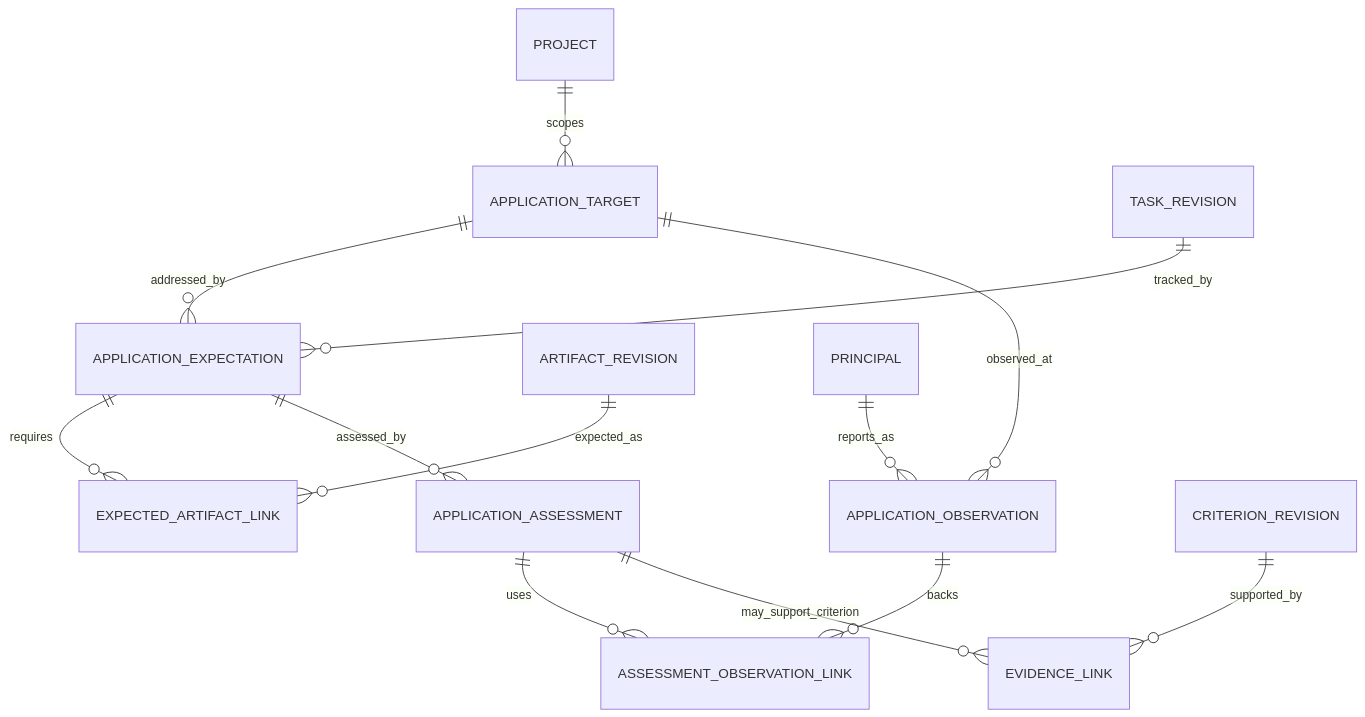
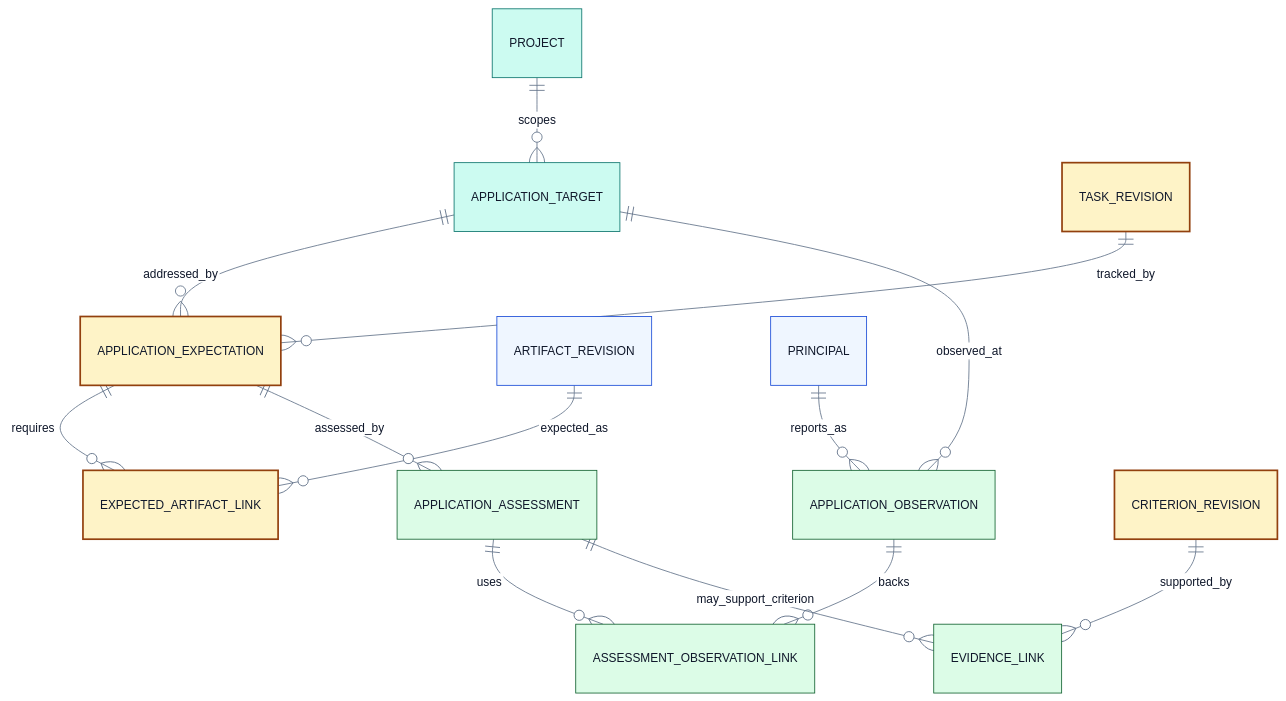
One commit to alphanAkbulut/decivora changed the third of 3 diagrams in docs/architecture/data-relationships.md. Above: the diagram before and after it, drawn with Mermaid. The commit also changed other lines of this file and 21 other files, not shown here.

Commit message:
Refresh all Mermaid diagrams, clarify decision states and document rendering evidence

````diff
--- a/docs/architecture/data-relationships.md
+++ b/docs/architecture/data-relationships.md
@@ -111,15 +136,26 @@
 ```mermaid
+%%{init: {"theme":"base","themeVariables":{"fontFamily":"Arial, sans-serif","fontSize":"14px","primaryColor":"#eff6ff","primaryTextColor":"#0f172a","primaryBorderColor":"#1d4ed8","lineColor":"#64748b","secondaryColor":"#ccfbf1","tertiaryColor":"#f1f5f9","background":"#ffffff","mainBkg":"#eff6ff","textColor":"#0f172a","clusterBkg":"#f8fafc","clusterBorder":"#94a3b8","edgeLabelBackground":"#ffffff","actorBkg":"#eff6ff","actorTextColor":"#0f172a","actorBorder":"#1d4ed8","signalColor":"#64748b","signalTextColor":"#0f172a","noteBkgColor":"#fef3c7","noteTextColor":"#0f172a","noteBorderColor":"#92400e"},"flowchart":{"htmlLabels":false,"curve":"linear"},"sequence":{"wrap":true},"themeCSS":"background-color:#ffffff;"}}%%
 erDiagram
+    accTitle: ER-03 Hedef uygulama gözlemi
+    accDescr: Önerilen tasarım veya açıkça belirtilen sentetik örnek. Renkler alan ve kontrol türünü gösterir; implemented veya passed kanıtı değildir. Yetki, revision ve coverage sınırları korunur.
     PROJECT ||--o{ APPLICATION_TARGET : scopes
     APPLICATION_TARGET ||--o{ APPLICATION_EXPECTATION : addressed_by
     TASK_REVISION ||--o{ APPLICATION_EXPECTATION : tracked_by
     APPLICATION_EXPECTATION ||--o{ EXPECTED_ARTIFACT_LINK : requires
     ARTIFACT_REVISION ||--o{ EXPECTED_ARTIFACT_LINK : expected_as
     APPLICATION_TARGET ||--o{ APPLICATION_OBSERVATION : observed_at
     PRINCIPAL ||--o{ APPLICATION_OBSERVATION : reports_as
     APPLICATION_EXPECTATION ||--o{ APPLICATION_ASSESSMENT : assessed_by
     APPLICATION_ASSESSMENT ||--o{ ASSESSMENT_OBSERVATION_LINK : uses
     APPLICATION_OBSERVATION ||--o{ ASSESSMENT_OBSERVATION_LINK : backs
     APPLICATION_ASSESSMENT ||--o{ EVIDENCE_LINK : may_support_criterion
     CRITERION_REVISION ||--o{ EVIDENCE_LINK : supported_by
+    classDef store fill:#ccfbf1,stroke:#0f766e,color:#0f172a
+    classDef gate fill:#fef3c7,stroke:#92400e,color:#0f172a,stroke-width:2px
+    classDef source fill:#eff6ff,stroke:#1d4ed8,color:#0f172a
+    classDef evidence fill:#dcfce7,stroke:#166534,color:#0f172a
+    class PROJECT,APPLICATION_TARGET store
+    class APPLICATION_EXPECTATION,EXPECTED_ARTIFACT_LINK,TASK_REVISION,CRITERION_REVISION gate
+    class ARTIFACT_REVISION,PRINCIPAL source
+    class APPLICATION_OBSERVATION,APPLICATION_ASSESSMENT,ASSESSMENT_OBSERVATION_LINK,EVIDENCE_LINK evidence
 ```
````
